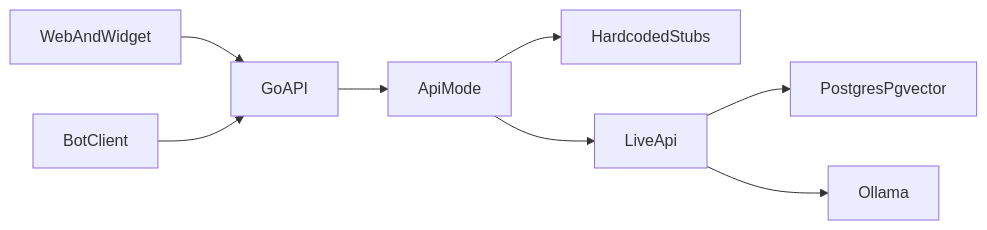
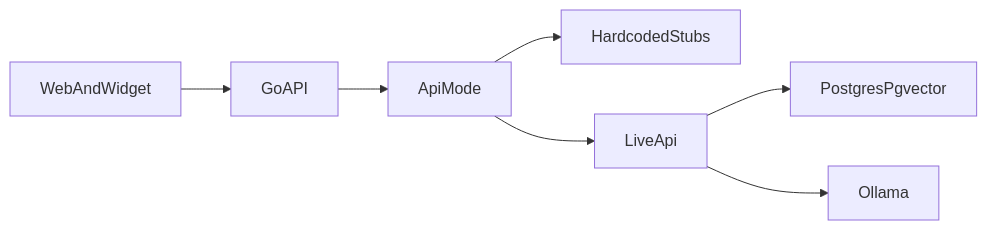
One commit to zlaya-it-clinika/DocsSearch changed the diagram in README.md. Above: the diagram before and after it, drawn with Mermaid. The commit also changed other lines of this file and 5 other files, not shown here.

Commit message:
- source/bot, source/electron: удалены каталоги будущих клиентов - README: убраны бот и десктоп-клиент из стека, схемы модулей, распределения работы и фаз 0, 1 и 7, указан стек сайта и виджета - source/core/README.md, .gitignore: убраны упоминания бота

````diff
--- a/README.md
+++ b/README.md
@@ -56,10 +55,9 @@
 ```mermaid
 flowchart LR
   webUi[WebAndWidget] --> coreApi[GoAPI]
-  botClient[BotClient] --> coreApi
   coreApi --> modeSwitch[ApiMode]
   modeSwitch --> stubs[HardcodedStubs]
   modeSwitch --> liveApi[LiveApi]
   liveApi --> postgres[PostgresPgvector]
   liveApi --> ollama[Ollama]
 ```
````
